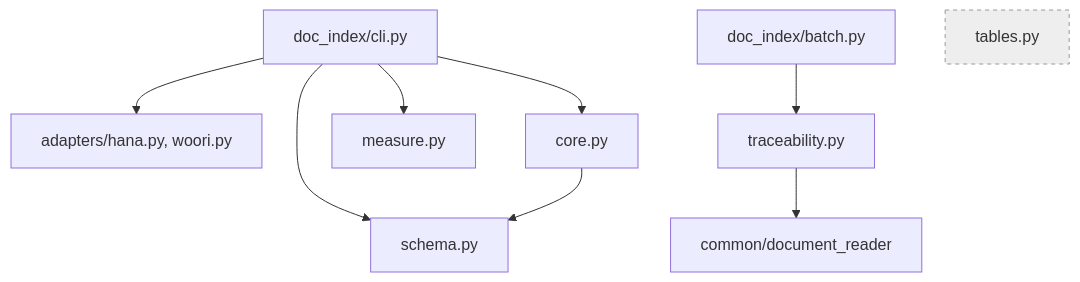
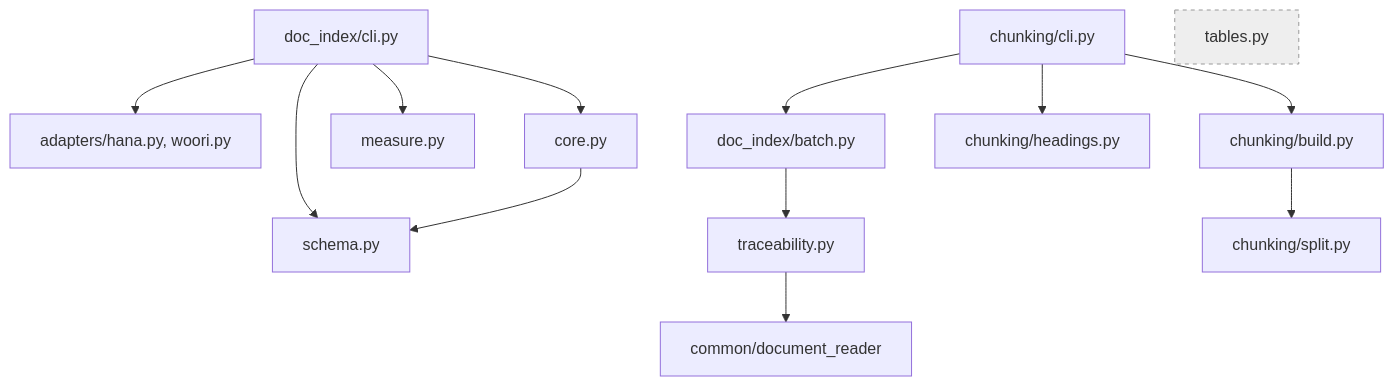
Before and after one commit to encore-ai-campus/mle-02-p2-team3: the second of 2 diagrams in src/card_benefit/payment_card/file_pipeline/README.md, drawn with Mermaid. The commit also changed other lines of this file and 9 other files, not shown here.

````diff
--- a/src/card_benefit/payment_card/file_pipeline/README.md
+++ b/src/card_benefit/payment_card/file_pipeline/README.md
@@ -70,12 +74,16 @@
 ```mermaid
 flowchart TD
     CLI[doc_index/cli.py] --> AD[adapters/hana.py, woori.py]
     CLI --> CORE[core.py]
     CLI --> MEA[measure.py]
     CLI --> SCH[schema.py]
     CORE --> SCH
     BATCH[doc_index/batch.py] --> TR[traceability.py]
+    CK[chunking/cli.py] --> BATCH
+    CK --> BLD[chunking/build.py]
+    CK --> HD[chunking/headings.py]
+    BLD --> SPL[chunking/split.py]
     TR --> DR[common/document_reader]
     TAB[tables.py]:::loose
     classDef loose fill:#eee,stroke:#999,stroke-dasharray: 4
 ```
````
